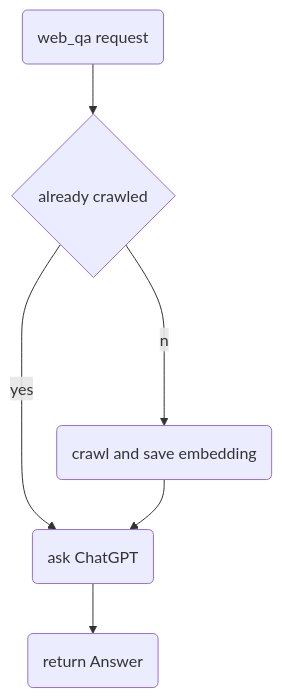
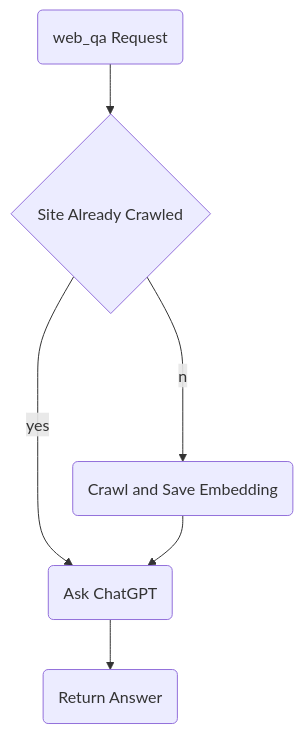
Before and after one commit to chuanmx20/web-crawl-qa: the diagram in README.md, drawn with Mermaid.

Commit message:
updated readme upper characters in the flowchart

````diff
--- a/README.md
+++ b/README.md
@@ -15,15 +15,15 @@
 ```mermaid
 graph TD;
 
-a(web_qa request)
-b{already crawled}
-c(ask ChatGPT)
-d(crawl and save embedding)
-e(return Answer)
+a(web_qa Request)
+b{Site Already Crawled}
+c(Ask ChatGPT)
+d(Crawl and Save Embedding)
+e(Return Answer)
 a -->b
 b --yes--> c
 b --no--> d
 d --> c
 c --> e
 
 ```
````
